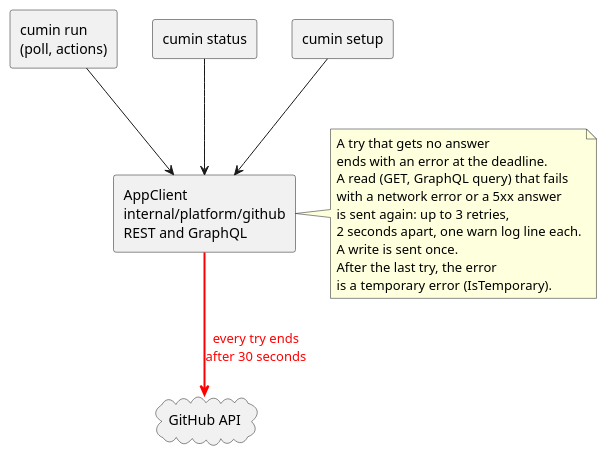
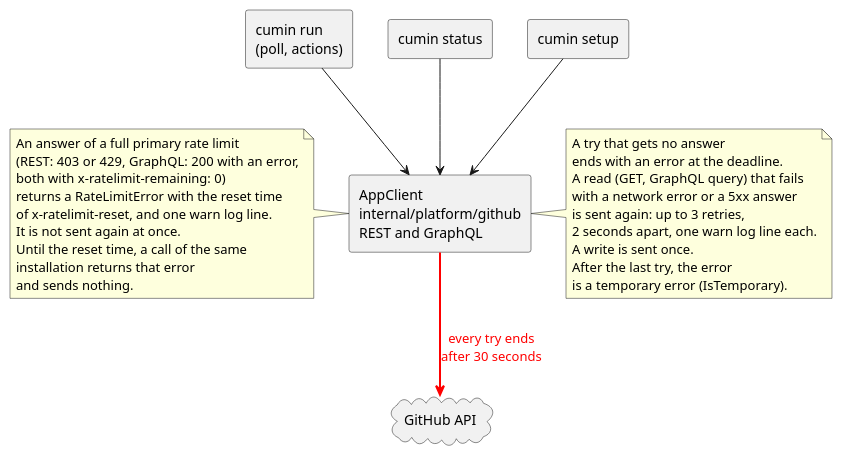
The diagram in docs/ja/designs/github-call-deadline.puml (cloveclovedev/cumin-works), drawn with PlantUML before and after one commit. The commit also changed 10 other files, not shown here.

First line of the commit message:
feat(github): send no call before the reset of a full primary rate limit (#462)

```diff
--- a/docs/ja/designs/github-call-deadline.puml
+++ b/docs/ja/designs/github-call-deadline.puml
@@ -1,31 +1,44 @@
 @startuml github-call-deadline
 ' cumin works - every call of the GitHub client ends after a deadline,
-' and a read that fails for a reason that passes is sent again.
+' a read that fails for a reason that passes is sent again, and no call
+' leaves before the reset time of a full primary rate limit.
 ' Document: cumin-core.md, topic on the GitHub client.
 ' Render: run scripts/render-diagrams.sh at the root of the repository.
 skinparam shadowing false
 skinparam defaultFontName sans-serif
 
 rectangle "cumin run\n(poll, actions)" as run
 rectangle "cumin status" as status
 rectangle "cumin setup" as setup
 rectangle "AppClient\ninternal/platform/github\nREST and GraphQL" as client
 cloud "GitHub API" as api
 
 run --> client
 status --> client
 setup --> client
 client -[#red,bold]-> api : <color:red>every try ends\n<color:red>after 30 seconds</color>
 
 note right of client
   A try that gets no answer
   ends with an error at the deadline.
   A read (GET, GraphQL query) that fails
   with a network error or a 5xx answer
   is sent again: up to 3 retries,
   2 seconds apart, one warn log line each.
   A write is sent once.
   After the last try, the error
   is a temporary error (IsTemporary).
 end note
+
+note left of client
+  An answer of a full primary rate limit
+  (REST: 403 or 429, GraphQL: 200 with an error,
+  both with x-ratelimit-remaining: 0)
+  returns a RateLimitError with the reset time
+  of x-ratelimit-reset, and one warn log line.
+  It is not sent again at once.
+  Until the reset time, a call of the same
+  installation returns that error
+  and sends nothing.
+end note
 @enduml
```
